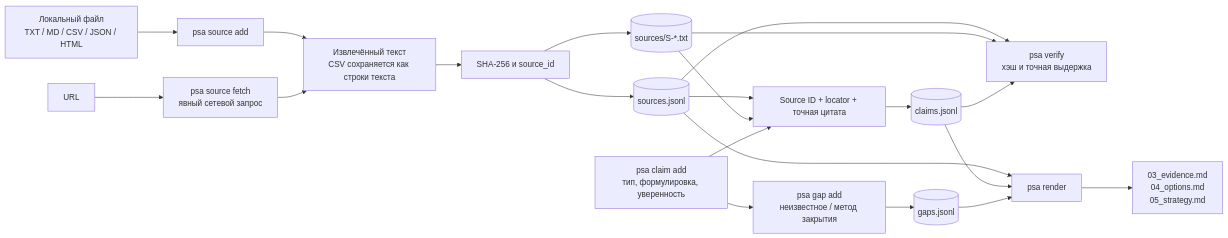
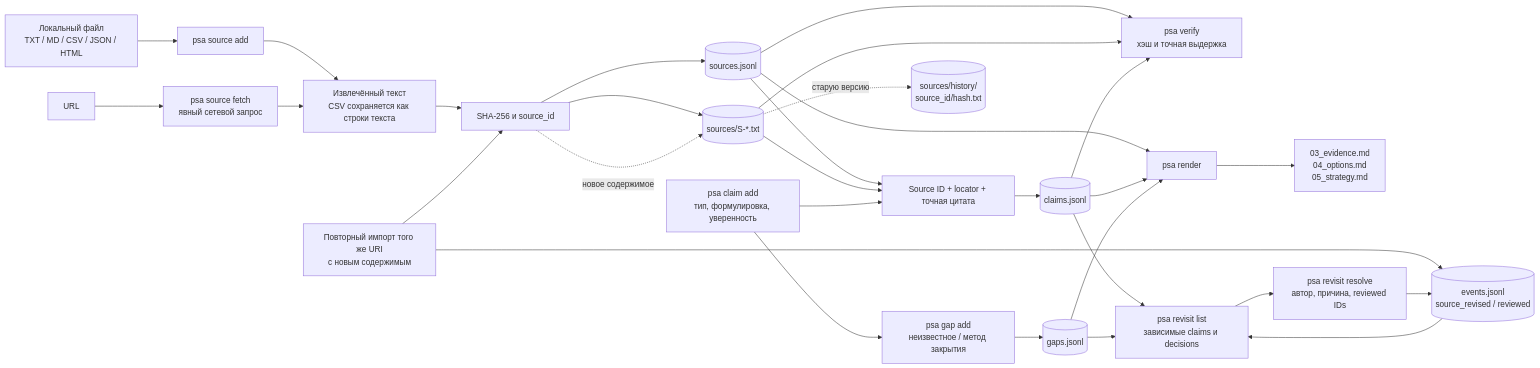
One commit to kostIT13/product-strategy-copilot-megafon changed the diagram in diagrams/mvp/evidence-pipeline.md. Above: the diagram before and after it, drawn with Mermaid. The commit also changed 7 other files, not shown here.

````diff
--- a/diagrams/mvp/evidence-pipeline.md
+++ b/diagrams/mvp/evidence-pipeline.md
@@ -3,36 +3,49 @@
 ```mermaid
 flowchart LR
     LOCAL[Локальный файл<br/>TXT / MD / CSV / JSON / HTML]
     WEB[URL]
     ADD[psa source add]
     FETCH[psa source fetch<br/>явный сетевой запрос]
     EXTRACT[Извлечённый текст<br/>CSV сохраняется как строки текста]
     HASH[SHA-256 и source_id]
     REG[(sources.jsonl)]
     COPY[(sources/S-*.txt)]
     CLAIM[psa claim add<br/>тип, формулировка, уверенность]
     CIT[Source ID + locator + точная цитата]
     CL[(claims.jsonl)]
     GAP[psa gap add<br/>неизвестное / метод закрытия]
     GL[(gaps.jsonl)]
     VERIFY[psa verify<br/>хэш и точная выдержка]
     RENDER[psa render]
     ART[03_evidence.md<br/>04_options.md<br/>05_strategy.md]
+    UPDATE[Повторный импорт того же URI<br/>с новым содержимым]
+    ARCHIVE[(sources/history/<br/>source_id/hash.txt)]
+    REV[psa revisit list<br/>зависимые claims и decisions]
+    ACK[psa revisit resolve<br/>автор, причина, reviewed IDs]
+    EVENTS[(events.jsonl<br/>source_revised / reviewed)]
 
     LOCAL --> ADD --> EXTRACT
     WEB --> FETCH --> EXTRACT
     EXTRACT --> HASH
     HASH --> REG
     HASH --> COPY
+    UPDATE --> HASH
+    COPY -. старую версию .-> ARCHIVE
+    HASH -. новое содержимое .-> COPY
+    UPDATE --> EVENTS
     REG --> CIT
     COPY --> CIT
     CLAIM --> CIT --> CL
     CLAIM --> GAP --> GL
     REG --> VERIFY
     COPY --> VERIFY
     CL --> VERIFY
     REG --> RENDER
     CL --> RENDER
     GL --> RENDER
     RENDER --> ART
+    EVENTS --> REV
+    CL --> REV
+    GL --> REV
+    REV --> ACK --> EVENTS
 ```
````
